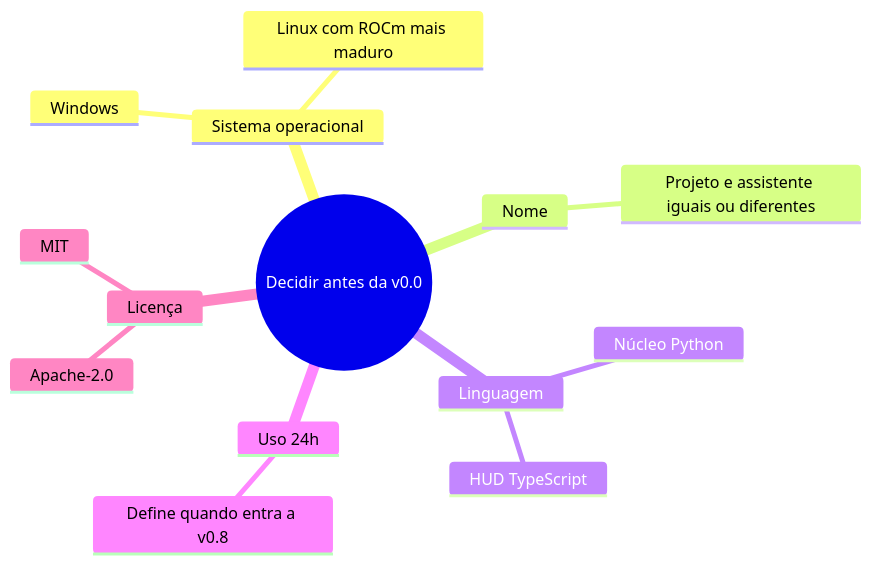
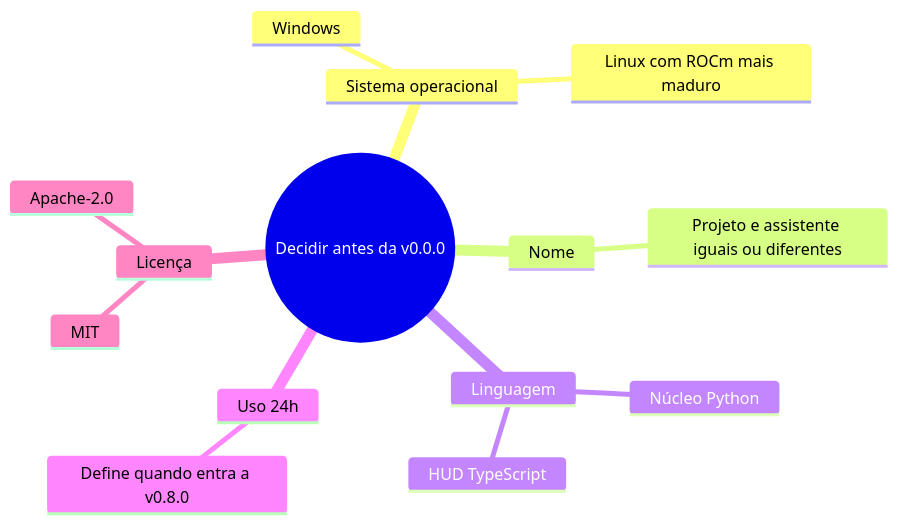
One commit to Gabitoprof/Nora changed the fourth of 4 diagrams in docs/MAPA_MENTAL.md. Above: the diagram before and after it, drawn with Mermaid. The commit also changed other lines of this file and 3 other files, not shown here.

First line of the commit message:
docs: switch roadmap to three-part semantic versions

````diff
--- a/docs/MAPA_MENTAL.md
+++ b/docs/MAPA_MENTAL.md
@@ -142,17 +144,17 @@
 ```mermaid
 mindmap
-  root((Decidir antes da v0.0))
+  root((Decidir antes da v0.0.0))
     Sistema operacional
       Windows
       Linux com ROCm mais maduro
     Nome
       Projeto e assistente iguais ou diferentes
     Linguagem
       Núcleo Python
       HUD TypeScript
     Uso 24h
-      Define quando entra a v0.8
+      Define quando entra a v0.8.0
     Licença
       MIT
       Apache-2.0
 ```
````
